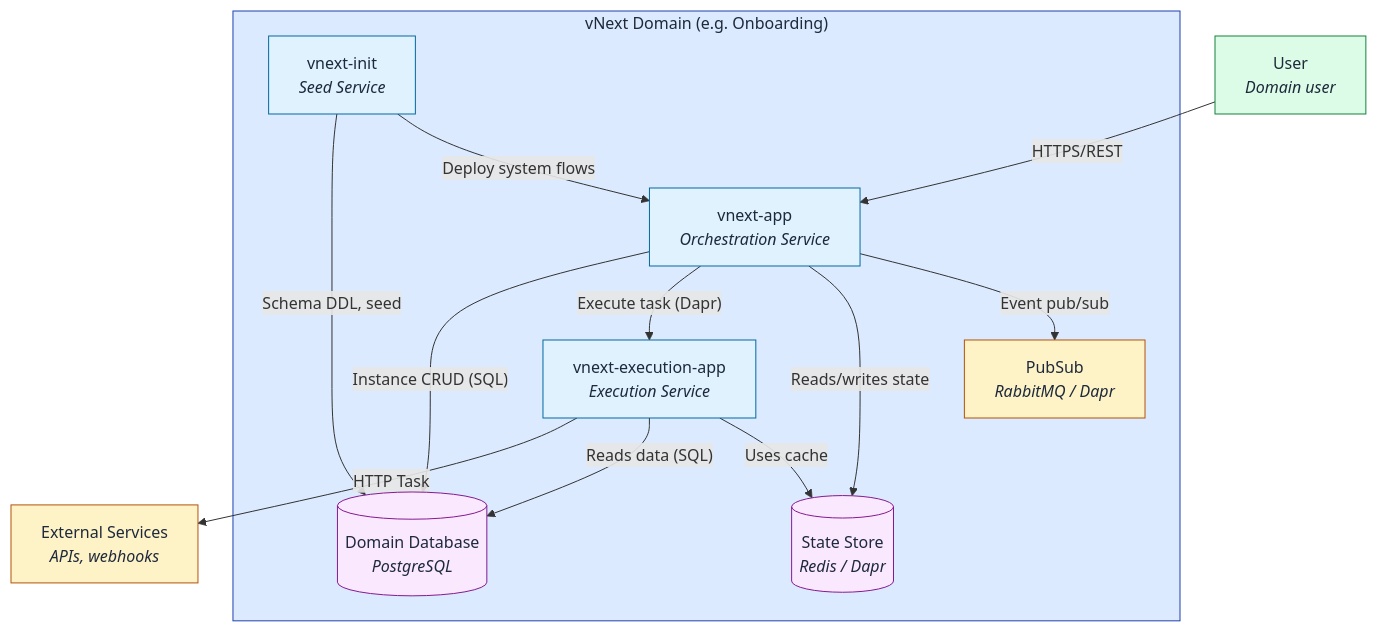
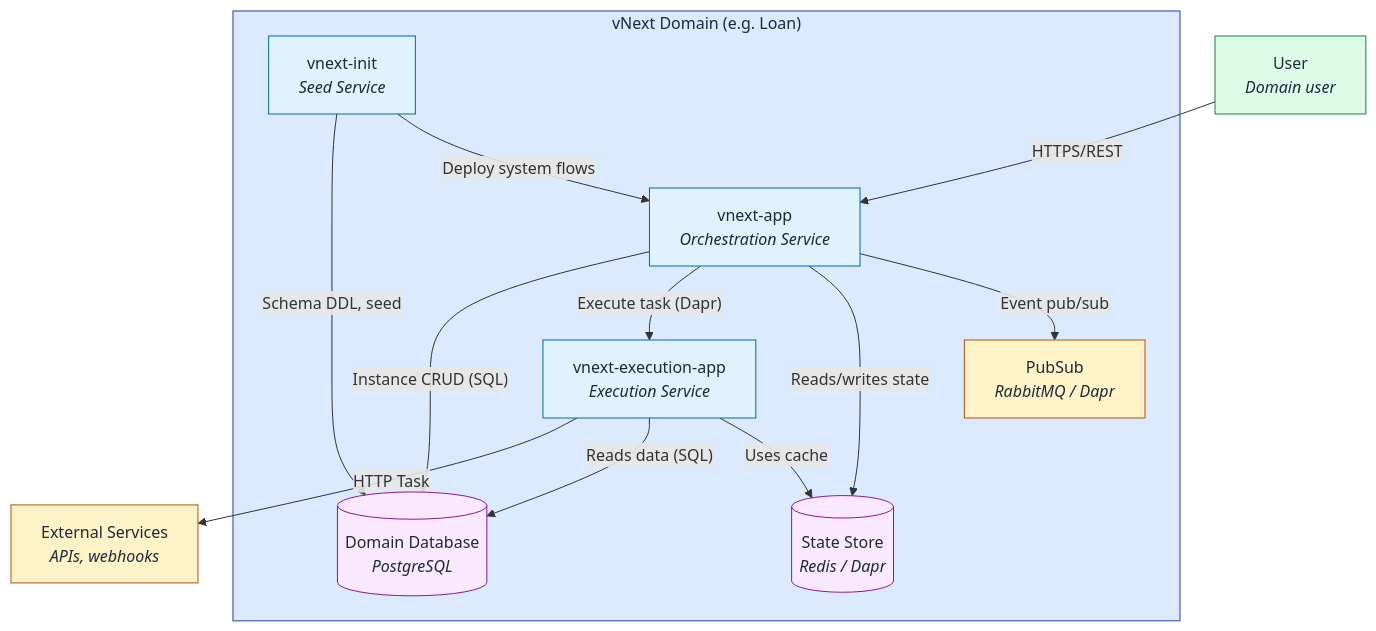
Before and after one commit to burgan-tech/vnext-docs: the sixth of 6 diagrams in i18n/en/docusaurus-plugin-content-docs-architecture/current/domain-model/topology.md, drawn with Mermaid. The commit also changed other lines of this file and 21 other files, not shown here.

````diff
--- a/i18n/en/docusaurus-plugin-content-docs-architecture/current/domain-model/topology.md
+++ b/i18n/en/docusaurus-plugin-content-docs-architecture/current/domain-model/topology.md
@@ -182,37 +182,37 @@
 ```mermaid
 flowchart TB
   User["User<br/><i>Domain user</i>"]
   ExtSvc["External Services<br/><i>APIs, webhooks</i>"]
 
-  subgraph domain["vNext Domain (e.g. Onboarding)"]
+  subgraph domain["vNext Domain (e.g. Loan)"]
     Orch["vnext-app<br/><i>Orchestration Service</i>"]
     Exec["vnext-execution-app<br/><i>Execution Service</i>"]
     Init["vnext-init<br/><i>Seed Service</i>"]
     DB[("Domain Database<br/><i>PostgreSQL</i>")]
     State[("State Store<br/><i>Redis / Dapr</i>")]
     PubSub["PubSub<br/><i>RabbitMQ / Dapr</i>"]
   end
 
   User -->|"HTTPS/REST"| Orch
   Orch -->|"Instance CRUD (SQL)"| DB
   Orch -->|"Execute task (Dapr)"| Exec
   Orch -->|"Reads/writes state"| State
   Orch -->|"Event pub/sub"| PubSub
 
   Exec -->|"HTTP Task"| ExtSvc
   Exec -->|"Reads data (SQL)"| DB
   Exec -->|"Uses cache"| State
 
   Init -->|"Schema DDL, seed"| DB
   Init -->|"Deploy system flows"| Orch
 
   style User fill:#dcfce7,stroke:#15803d,color:#1e293b
   style ExtSvc fill:#fef3c7,stroke:#b45309,color:#1e293b
   style domain fill:#dbeafe,stroke:#1e40af,color:#1e293b
   style Orch fill:#e0f2fe,stroke:#0369a1,color:#1e293b
   style Exec fill:#e0f2fe,stroke:#0369a1,color:#1e293b
   style Init fill:#e0f2fe,stroke:#0369a1,color:#1e293b
   style DB fill:#fae8ff,stroke:#86198f,color:#1e293b
   style State fill:#fae8ff,stroke:#86198f,color:#1e293b
   style PubSub fill:#fef3c7,stroke:#b45309,color:#1e293b
 ```
````
